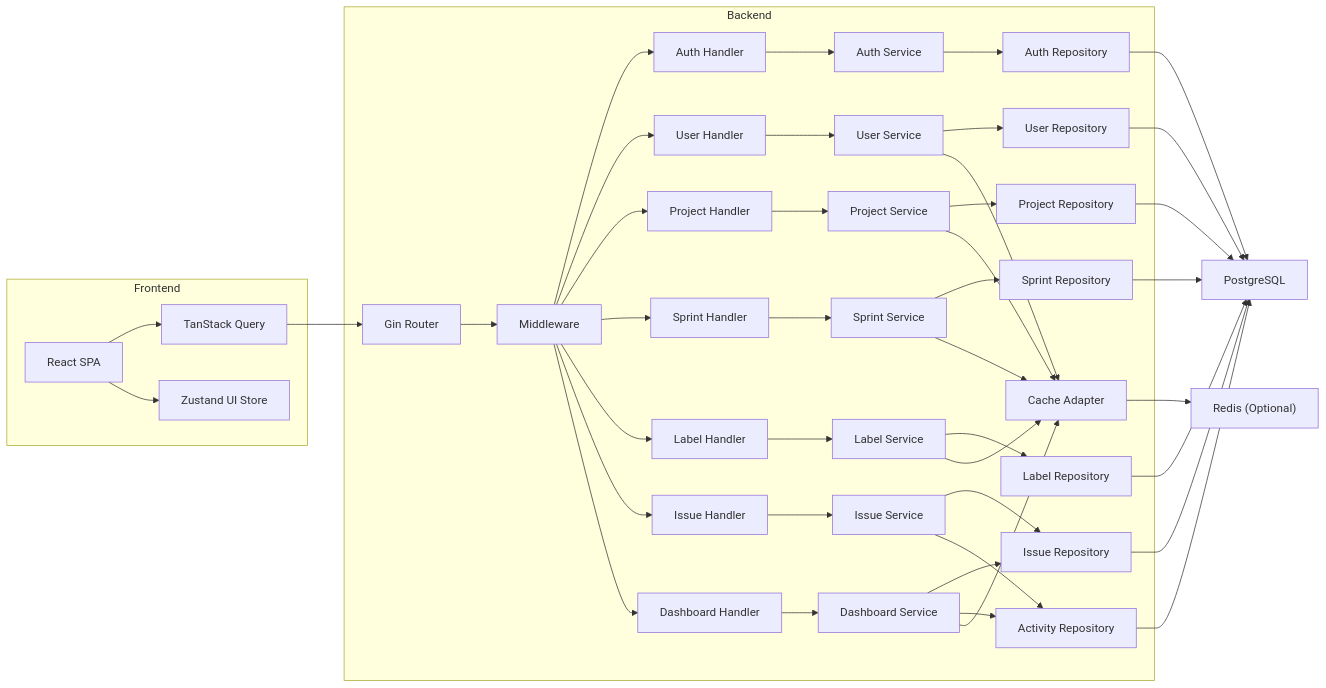
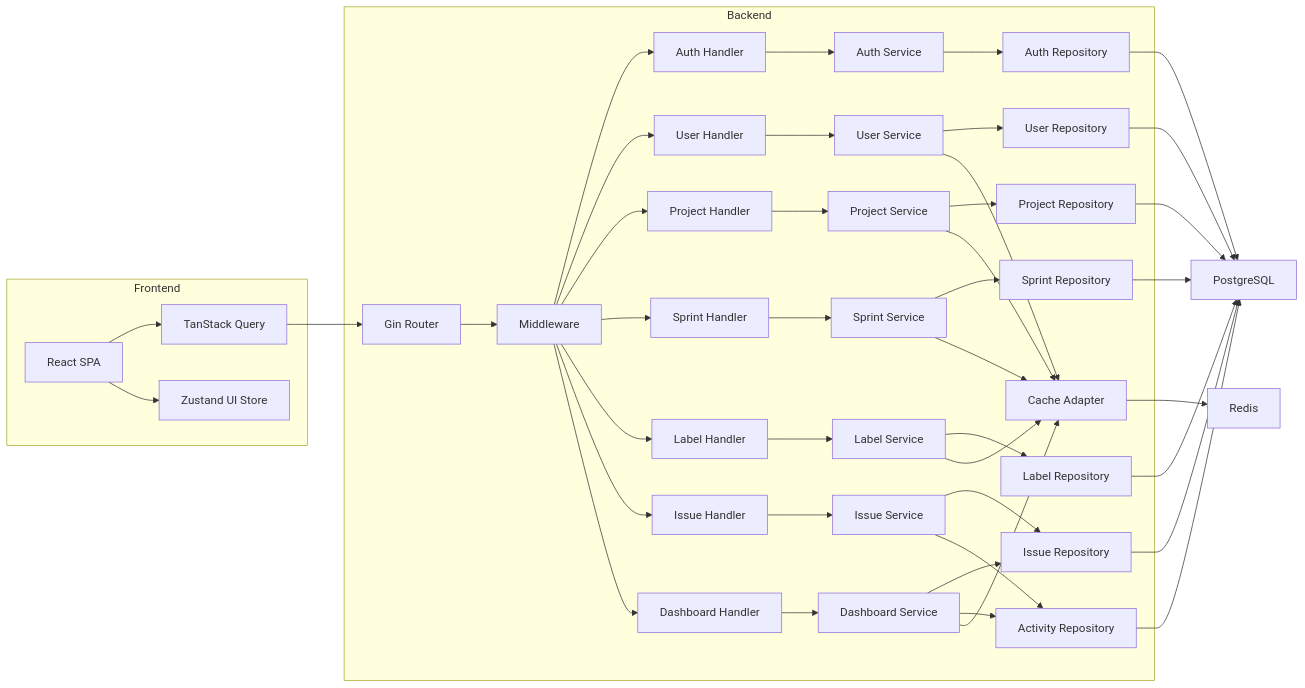
Before and after one commit to abhinavmaity/linear-lite: the second of 6 diagrams in docs/Technical_Architecture.md, drawn with Mermaid. The commit also changed other lines of this file and 2 other files, not shown here.

Commit message:
Update architecture documentation to require Redis as essential infrastructure and clarify caching behavior

```diff
--- a/docs/Technical_Architecture.md
+++ b/docs/Technical_Architecture.md
@@ -134,7 +134,7 @@
     end
 
     DB["PostgreSQL"]
-    Redis["Redis (Optional)"]
+    Redis["Redis"]
 
     SPA --> Query
     SPA --> Store
```
